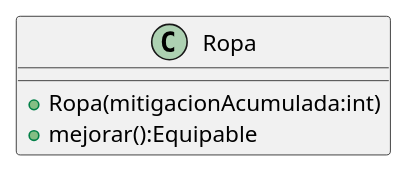
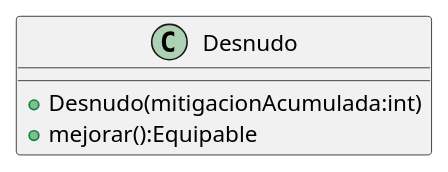
Before and after one commit to mcumskov/Algo3_tp2: the diagram in diagrams/clases/equipamiento/clase_ropa.plantuml, drawn with PlantUML. The commit also changed 5 other files, not shown here.

Commit message:
actualizo diagramas de clases

```diff
--- a/diagrams/clases/equipamiento/clase_ropa.plantuml
+++ b/diagrams/clases/equipamiento/clase_ropa.plantuml
@@ -1,6 +1,6 @@
 @startuml
-class Ropa {
-    + Ropa(mitigacionAcumulada:int)
+class Desnudo {
+    + Desnudo(mitigacionAcumulada:int)
     + mejorar():Equipable
 }
 @enduml
```
